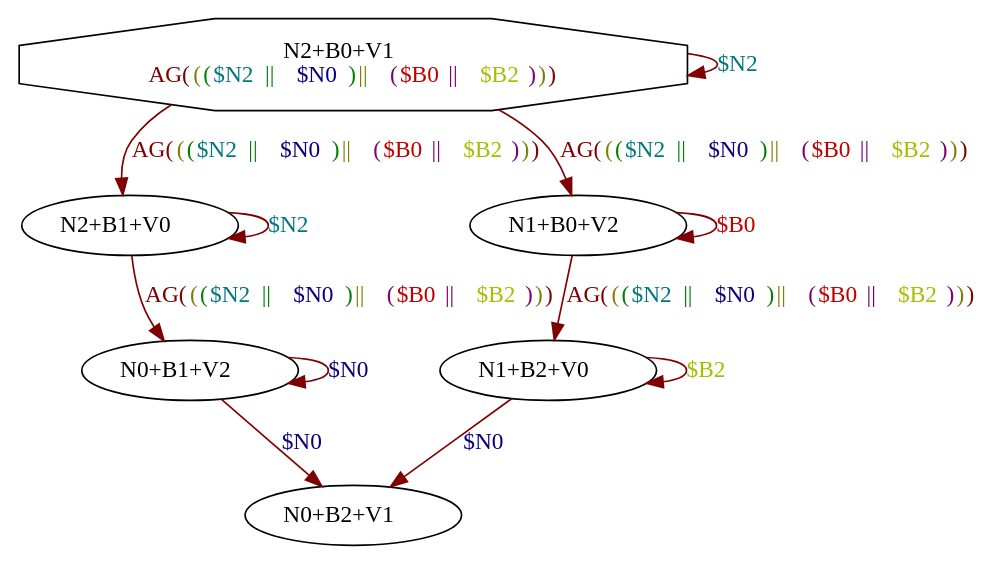
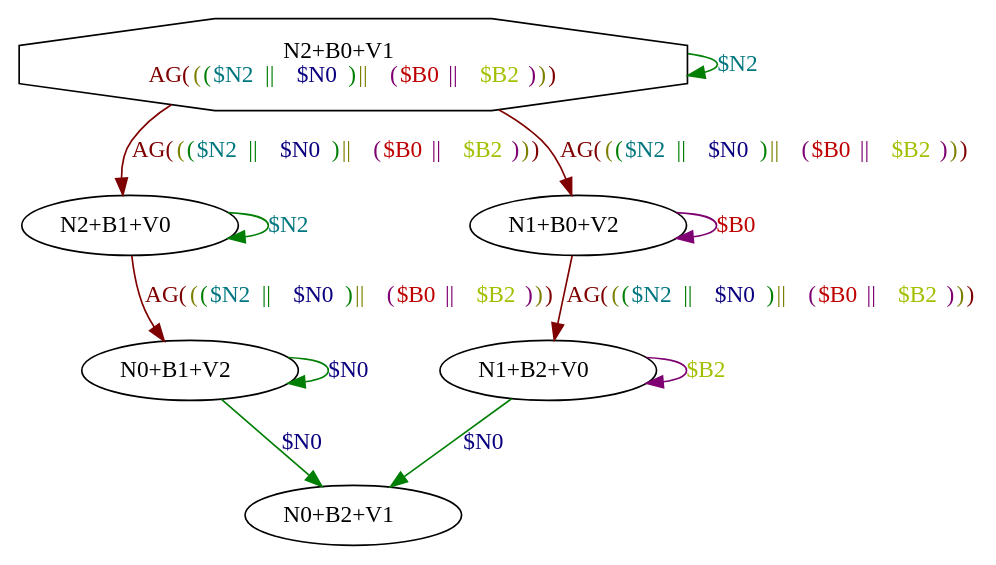
The diagram in test justifie 14.dot (howiepowie/m1projctl2012g6), drawn with Graphviz before and after one commit. The commit also changed 75 other files, not shown here.

```diff
--- a/test justifie 14.dot
+++ b/test justifie 14.dot
@@ -1,19 +1,19 @@
 digraph system {
 N0 [label=<N2+B0+V1<BR/><FONT COLOR="0.0 1 0.5">AG(<FONT COLOR="0.17 1 0.5">(<FONT COLOR="0.34 1 0.5">(<FONT COLOR="0.51 1 0.5">$N2</FONT> || <FONT COLOR="0.68 1 0.5">$N0</FONT>)</FONT> || <FONT COLOR="0.85 1 0.5">(<FONT COLOR="1.02 1 0.75">$B0</FONT> || <FONT COLOR="0.18999994 1 0.75">$B2</FONT>)</FONT>)</FONT>)</FONT>>,shape=octagon]
 N1 [label=<N2+B1+V0>]
 N2 [label=<N0+B1+V2>]
 N3 [label=<N0+B2+V1>]
 N4 [label=<N1+B0+V2>]
 N5 [label=<N1+B2+V0>]
-N5 -> N5 [color="0.0 1 0.5",label=<<FONT COLOR="0.18999994 1 0.75">$B2</FONT>>]
-N2 -> N2 [color="0.0 1 0.5",label=<<FONT COLOR="0.68 1 0.5">$N0</FONT>>]
 N0 -> N4 [color="0.0 1 0.5",label=<<FONT COLOR="0.0 1 0.5">AG(<FONT COLOR="0.17 1 0.5">(<FONT COLOR="0.34 1 0.5">(<FONT COLOR="0.51 1 0.5">$N2</FONT> || <FONT COLOR="0.68 1 0.5">$N0</FONT>)</FONT> || <FONT COLOR="0.85 1 0.5">(<FONT COLOR="1.02 1 0.75">$B0</FONT> || <FONT COLOR="0.18999994 1 0.75">$B2</FONT>)</FONT>)</FONT>)</FONT>>]
-N5 -> N3 [color="0.0 1 0.5",label=<<FONT COLOR="0.68 1 0.5">$N0</FONT>>]
+N2 -> N3 [color="0.34 1 0.5",label=<<FONT COLOR="0.68 1 0.5">$N0</FONT>>]
 N0 -> N1 [color="0.0 1 0.5",label=<<FONT COLOR="0.0 1 0.5">AG(<FONT COLOR="0.17 1 0.5">(<FONT COLOR="0.34 1 0.5">(<FONT COLOR="0.51 1 0.5">$N2</FONT> || <FONT COLOR="0.68 1 0.5">$N0</FONT>)</FONT> || <FONT COLOR="0.85 1 0.5">(<FONT COLOR="1.02 1 0.75">$B0</FONT> || <FONT COLOR="0.18999994 1 0.75">$B2</FONT>)</FONT>)</FONT>)</FONT>>]
-N0 -> N0 [color="0.0 1 0.5",label=<<FONT COLOR="0.51 1 0.5">$N2</FONT>>]
-N1 -> N1 [color="0.0 1 0.5",label=<<FONT COLOR="0.51 1 0.5">$N2</FONT>>]
+N4 -> N4 [color="0.85 1 0.5",label=<<FONT COLOR="1.02 1 0.75">$B0</FONT>>]
+N5 -> N5 [color="0.85 1 0.5",label=<<FONT COLOR="0.18999994 1 0.75">$B2</FONT>>]
+N5 -> N3 [color="0.34 1 0.5",label=<<FONT COLOR="0.68 1 0.5">$N0</FONT>>]
+N2 -> N2 [color="0.34 1 0.5",label=<<FONT COLOR="0.68 1 0.5">$N0</FONT>>]
+N1 -> N1 [color="0.34 1 0.5",label=<<FONT COLOR="0.51 1 0.5">$N2</FONT>>]
 N4 -> N5 [color="0.0 1 0.5",label=<<FONT COLOR="0.0 1 0.5">AG(<FONT COLOR="0.17 1 0.5">(<FONT COLOR="0.34 1 0.5">(<FONT COLOR="0.51 1 0.5">$N2</FONT> || <FONT COLOR="0.68 1 0.5">$N0</FONT>)</FONT> || <FONT COLOR="0.85 1 0.5">(<FONT COLOR="1.02 1 0.75">$B0</FONT> || <FONT COLOR="0.18999994 1 0.75">$B2</FONT>)</FONT>)</FONT>)</FONT>>]
-N2 -> N3 [color="0.0 1 0.5",label=<<FONT COLOR="0.68 1 0.5">$N0</FONT>>]
-N4 -> N4 [color="0.0 1 0.5",label=<<FONT COLOR="1.02 1 0.75">$B0</FONT>>]
+N0 -> N0 [color="0.34 1 0.5",label=<<FONT COLOR="0.51 1 0.5">$N2</FONT>>]
 N1 -> N2 [color="0.0 1 0.5",label=<<FONT COLOR="0.0 1 0.5">AG(<FONT COLOR="0.17 1 0.5">(<FONT COLOR="0.34 1 0.5">(<FONT COLOR="0.51 1 0.5">$N2</FONT> || <FONT COLOR="0.68 1 0.5">$N0</FONT>)</FONT> || <FONT COLOR="0.85 1 0.5">(<FONT COLOR="1.02 1 0.75">$B0</FONT> || <FONT COLOR="0.18999994 1 0.75">$B2</FONT>)</FONT>)</FONT>)</FONT>>]
 }
```
